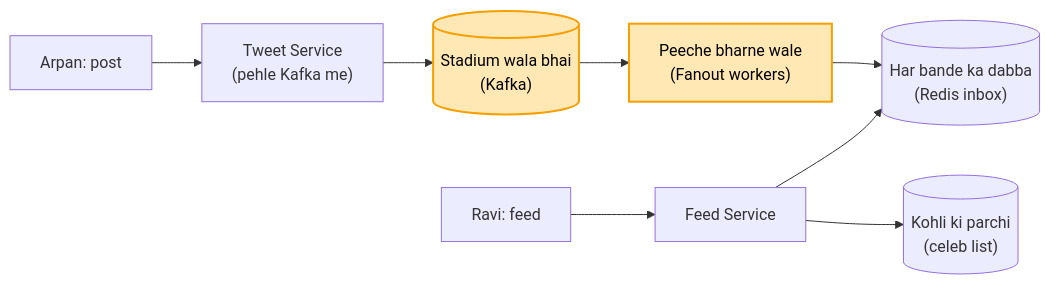
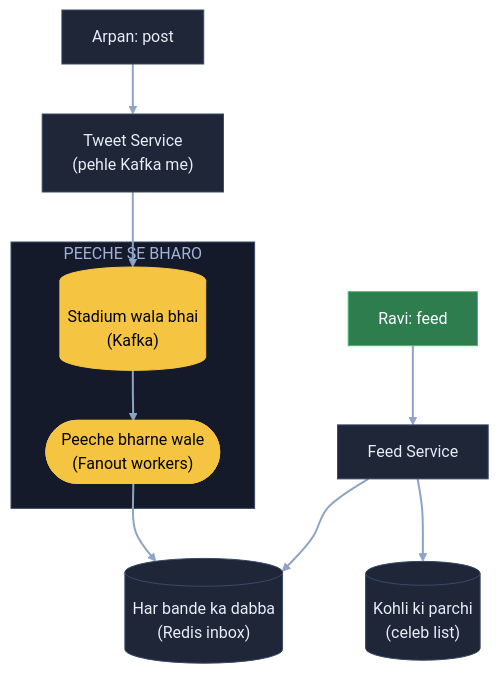
The fourth of 15 diagrams in 04_HLD/SYSTEM_DESIGNS/03_twitter_feed/03_twitter_feed.md (ArpanMaheshwari144/Prep), drawn with Mermaid before and after one commit. The commit also changed other lines of this file, not shown here.

Commit message:
Twitter: 15 diagram YouTube (reel) wale card andaaz me

````diff
--- a/04_HLD/SYSTEM_DESIGNS/03_twitter_feed/03_twitter_feed.md
+++ b/04_HLD/SYSTEM_DESIGNS/03_twitter_feed/03_twitter_feed.md
@@ -97,12 +134,26 @@
 ```mermaid
-flowchart LR
-    A["Arpan: post"] --> TS["Tweet Service<br/>(pehle Kafka me)"]
-    TS --> K[("Stadium wala bhai<br/>(Kafka)")]
-    K --> FW["Peeche bharne wale<br/>(Fanout workers)"]
-    FW --> IN[("Har bande ka dabba<br/>(Redis inbox)")]
-    R["Ravi: feed"] --> FS["Feed Service"]
+flowchart TB
+    A["Arpan: post"]:::card
+    TS["Tweet Service<br/>(pehle Kafka me)"]:::card
+    subgraph PB["PEECHE SE BHARO"]
+        K[("Stadium wala bhai<br/>(Kafka)")]:::pill
+        FW(["Peeche bharne wale<br/>(Fanout workers)"]):::pill
+    end
+    IN[("Har bande ka dabba<br/>(Redis inbox)")]:::card
+    FS["Feed Service"]:::card
+    P[("Kohli ki parchi<br/>(celeb list)")]:::card
+    R["Ravi: feed"]:::good
+    A --> TS
+    TS --> K
+    K --> FW
+    FW --> IN
+    R --> FS
     FS --> IN
-    FS --> P[("Kohli ki parchi<br/>(celeb list)")]
-    style K fill:#ffe8b3,stroke:#f59f00,stroke-width:2px,color:#000
-    style FW fill:#ffe8b3,stroke:#f59f00,stroke-width:2px,color:#000
+    FS --> P
+    linkStyle default stroke:#8fa3c7,stroke-width:2px
+    classDef card fill:#1e2638,stroke:#3a4a6b,color:#e8ecf5
+    classDef pill fill:#f5c542,stroke:#f5c542,color:#000
+    classDef good fill:#2e7d4f,stroke:#3fbf6f,color:#fff
+    classDef bad fill:#5c1f24,stroke:#e05561,color:#fff
+    style PB fill:#141a29,stroke:#3a4a6b,color:#9fb3d9
 ```
````
